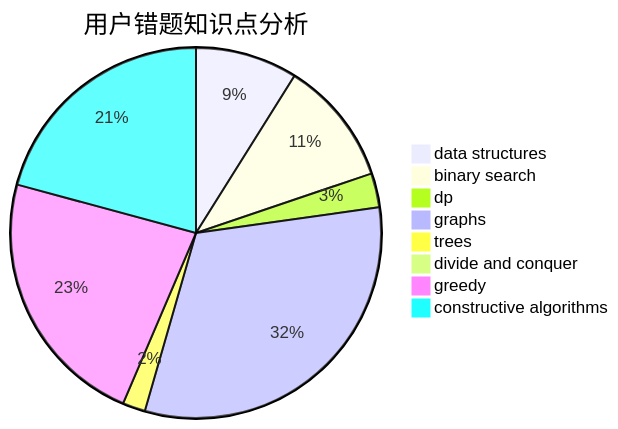
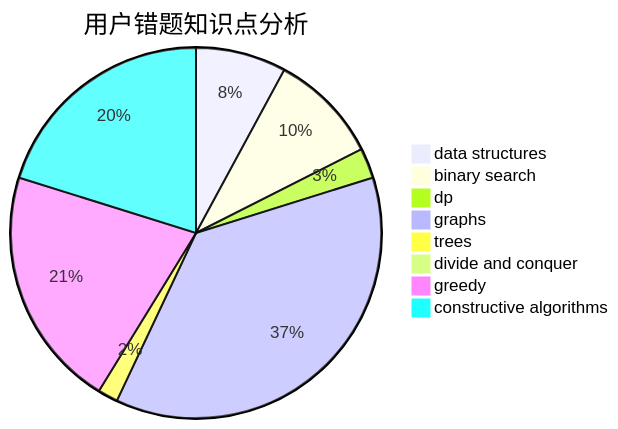
The third of 3 diagrams in docs/user/u1273.md (sherpahu/cfrs.github.io), drawn with Mermaid before and after one commit. The commit also changed other lines of this file and 2770 other files, not shown here.

````diff
--- a/docs/user/u1273.md
+++ b/docs/user/u1273.md
@@ -36,11 +36,11 @@
 ```mermaid
 pie title 用户错题知识点分析
     "data structures" :  9
     "binary search" :  11
     "dp" :  3
-    "graphs" :  32
+    "graphs" :  42
     "trees" :  2
     "divide and conquer" :  0
-    "greedy" :  23
-    "constructive algorithms" :  21
+    "greedy" :  24
+    "constructive algorithms" :  23
 ```
````
